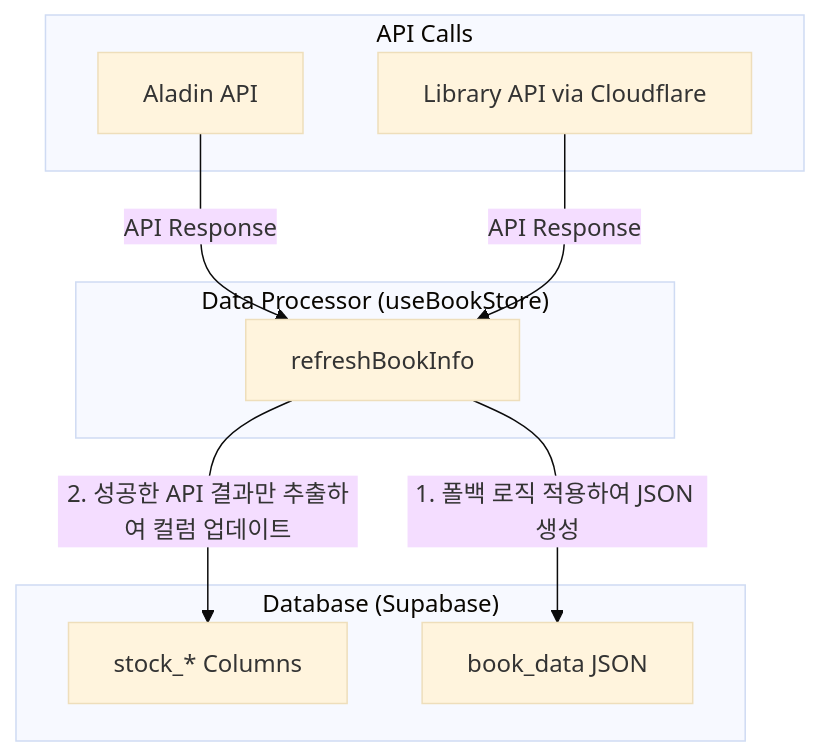
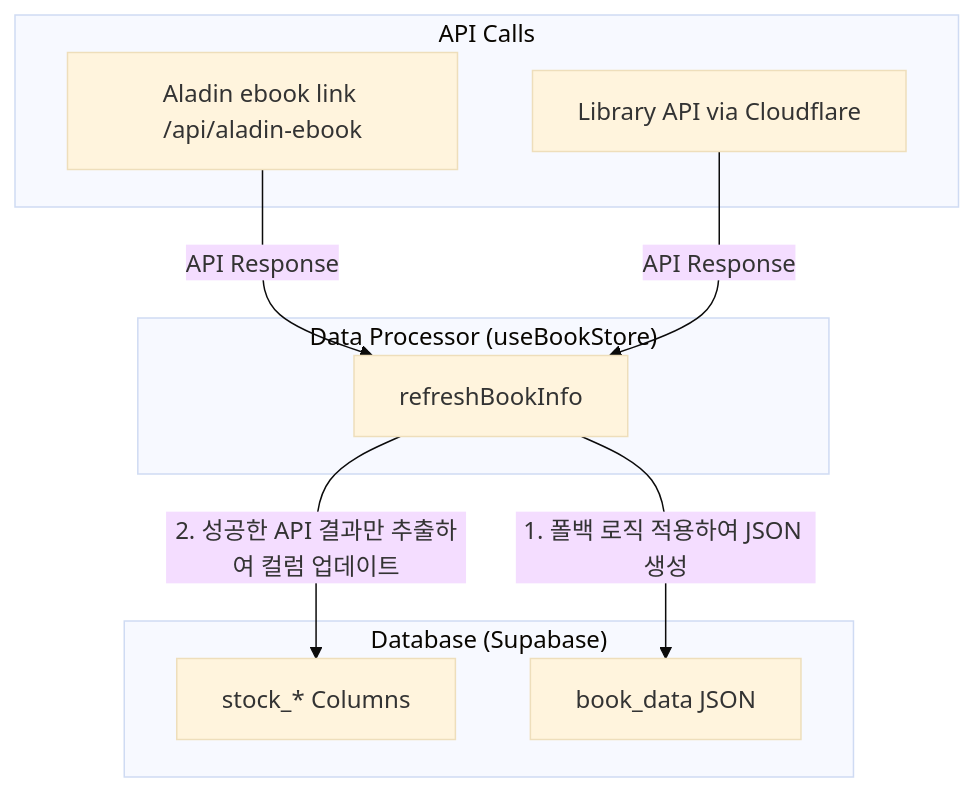
One commit to ahnbu/my_bookstations changed the second of 2 diagrams in _docs/DEVELOPMENT.md. Above: the diagram before and after it, drawn with Mermaid (base theme). The commit also changed other lines of this file and 45 other files, not shown here.

````diff
--- a/_docs/DEVELOPMENT.md
+++ b/_docs/DEVELOPMENT.md
@@ -311,22 +327,22 @@
 ```mermaid
 graph TD
     subgraph "API Calls"
-        A[Aladin API]
+        A[Aladin ebook link /api/aladin-ebook]
         L[Library API via Cloudflare]
     end
 
     subgraph "Data Processor (useBookStore)"
         P[refreshBookInfo]
     end
 
     subgraph "Database (Supabase)"
         C1[stock_* Columns]
         C2[book_data JSON]
     end
 
     A -- "API Response" --> P
     L -- "API Response" --> P
 
     P -- "1. 폴백 로직 적용하여 JSON 생성" --> C2
     P -- "2. 성공한 API 결과만 추출하여 컬럼 업데이트" --> C1
 ```
````
